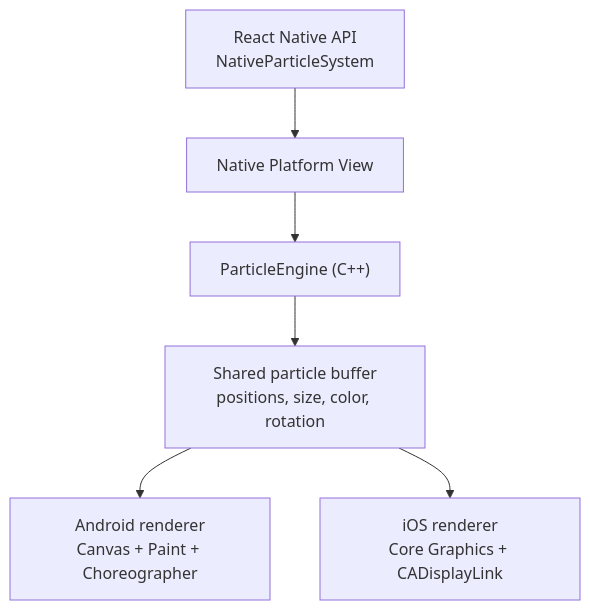
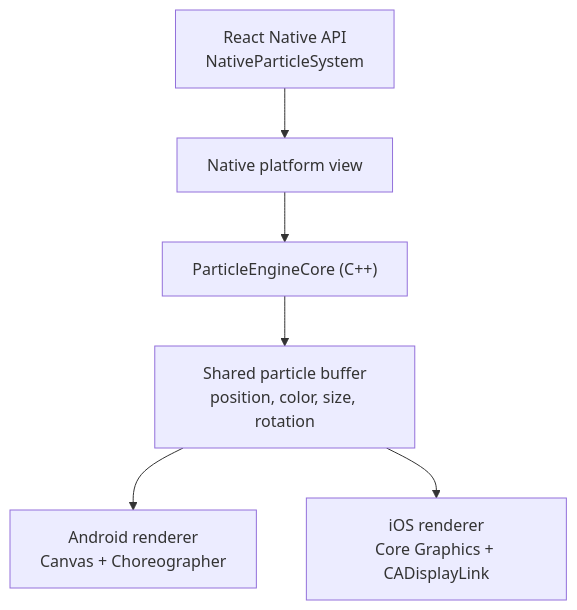
One commit to joncodeofficial/react-native-particle changed the diagram in README.md. Above: the diagram before and after it, drawn with Mermaid. The commit also changed other lines of this file and 1 other file, not shown here.

````diff
--- a/README.md
+++ b/README.md
@@ -26,8 +317,8 @@
 ```mermaid
 flowchart TD
-  A["React Native API<br/>NativeParticleSystem"] --> B["Native Platform View"]
-  B --> C["ParticleEngine (C++)"]
-  C --> D["Shared particle buffer<br/>positions, size, color, rotation"]
-  D --> E["Android renderer<br/>Canvas + Paint + Choreographer"]
+  A["React Native API<br/>NativeParticleSystem"] --> B["Native platform view"]
+  B --> C["ParticleEngineCore (C++)"]
+  C --> D["Shared particle buffer<br/>position, color, size, rotation"]
+  D --> E["Android renderer<br/>Canvas + Choreographer"]
   D --> F["iOS renderer<br/>Core Graphics + CADisplayLink"]
 ```
````
